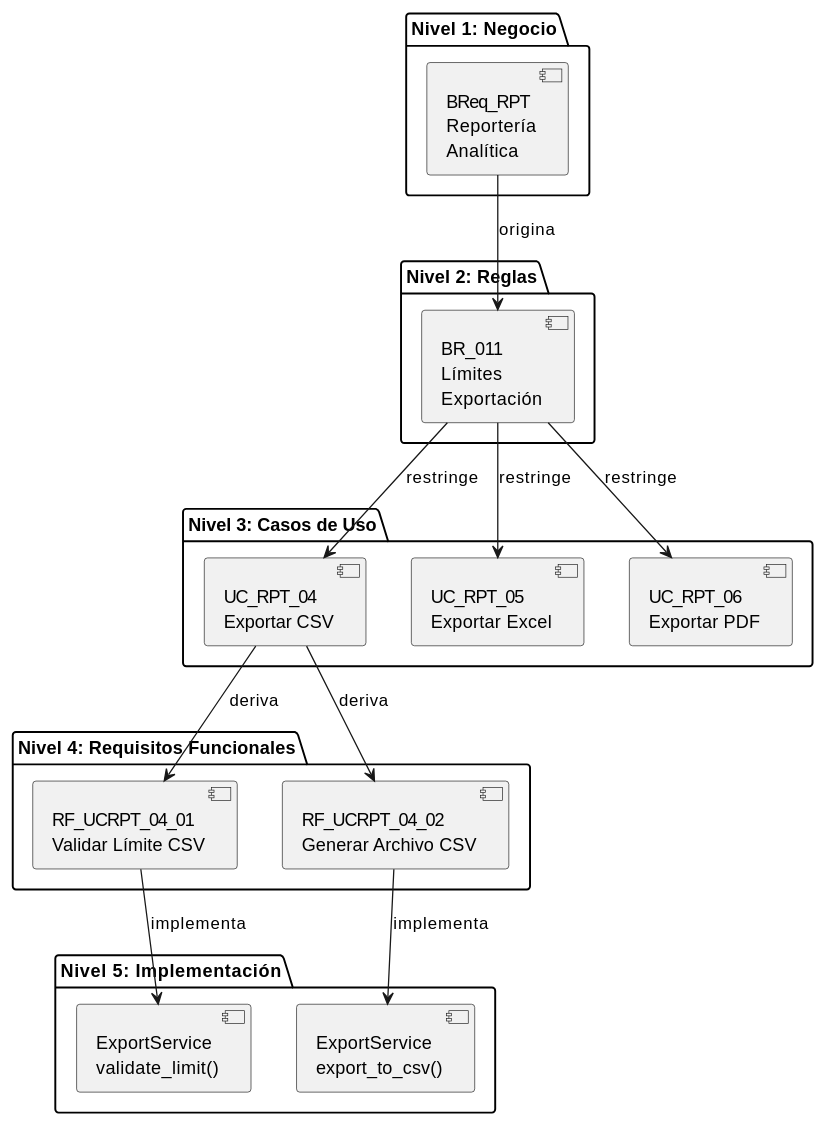
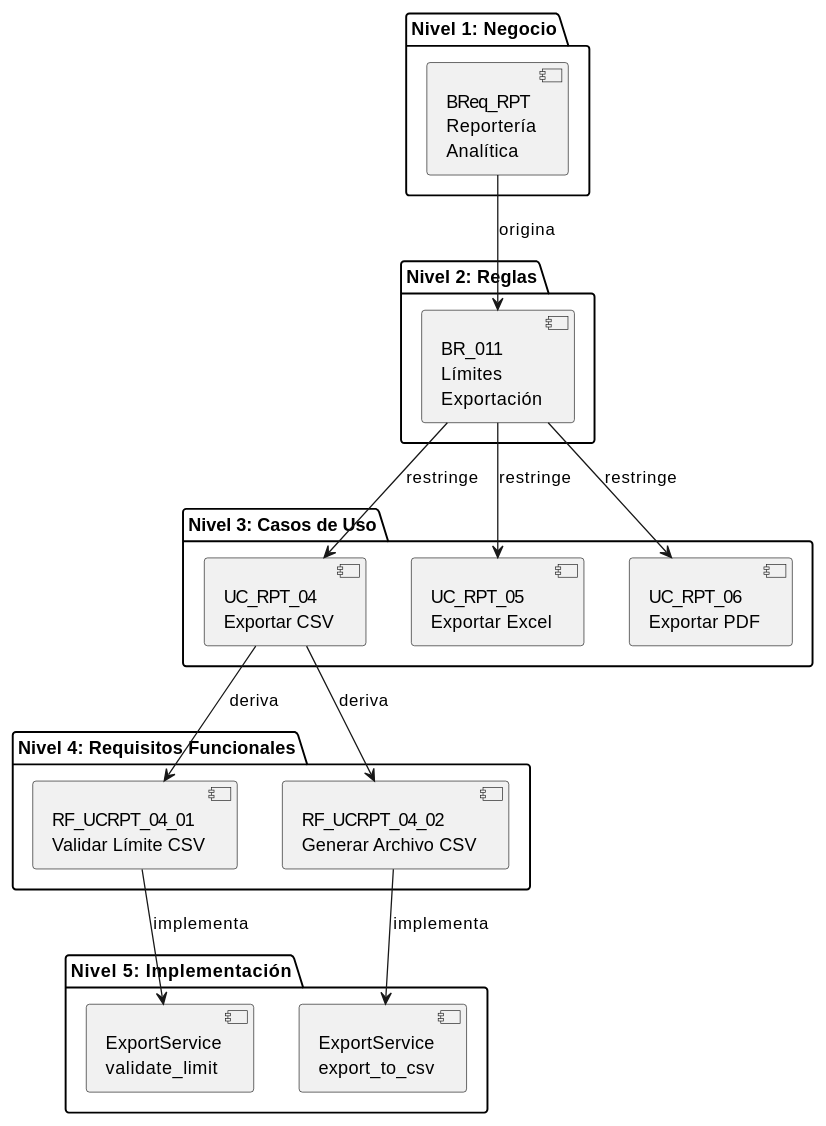
The diagram in source/base_cognitiva/_fundamentos_conceptuales/FND_00_Contexto_y_Jerarquia.rst (jcg-admin/IACT-docs), drawn with PlantUML before and after one commit. The commit also changed other lines of this file and 376 other files, not shown here.

```diff
--- a/source/base_cognitiva/_fundamentos_conceptuales/FND_00_Contexto_y_Jerarquia.rst
+++ b/source/base_cognitiva/_fundamentos_conceptuales/FND_00_Contexto_y_Jerarquia.rst
@@ -698,39 +698,39 @@
 .. uml::
-   :caption: Jerarquía de Transformación de Requisitos
+ :caption: Jerarquía de Transformación de Requisitos
 
-   @startuml
-   
-   package "Nivel 1: Negocio" {
-       [BReq_RPT\nReportería\nAnalítica] as breq
-   }
-   
-   package "Nivel 2: Reglas" {
-       [BR_011\nLímites\nExportación] as br
-   }
-   
-   package "Nivel 3: Casos de Uso" {
-       [UC_RPT_04\nExportar CSV] as uc1
-       [UC_RPT_05\nExportar Excel] as uc2
-       [UC_RPT_06\nExportar PDF] as uc3
-   }
-   
-   package "Nivel 4: Requisitos Funcionales" {
-       [RF_UCRPT_04_01\nValidar Límite CSV] as fr1
-       [RF_UCRPT_04_02\nGenerar Archivo CSV] as fr2
-   }
-   
-   package "Nivel 5: Implementación" {
-       [ExportService\nvalidate_limit()] as code1
-       [ExportService\nexport_to_csv()] as code2
-   }
-   
-   breq --> br : "origina"
-   br --> uc1 : "restringe"
-   br --> uc2 : "restringe"
-   br --> uc3 : "restringe"
-   uc1 --> fr1 : "deriva"
-   uc1 --> fr2 : "deriva"
-   fr1 --> code1 : "implementa"
-   fr2 --> code2 : "implementa"
-   
-   @enduml
+ @startuml
+ 
+ package "Nivel 1: Negocio" {
+ [BReq_RPT\nReportería\nAnalítica] as breq
+ }
+ 
+ package "Nivel 2: Reglas" {
+ [BR_011\nLímites\nExportación] as br
+ }
+ 
+ package "Nivel 3: Casos de Uso" {
+ [UC_RPT_04\nExportar CSV] as uc1
+ [UC_RPT_05\nExportar Excel] as uc2
+ [UC_RPT_06\nExportar PDF] as uc3
+ }
+ 
+ package "Nivel 4: Requisitos Funcionales" {
+ [RF_UCRPT_04_01\nValidar Límite CSV] as fr1
+ [RF_UCRPT_04_02\nGenerar Archivo CSV] as fr2
+ }
+ 
+ package "Nivel 5: Implementación" {
+ [ExportService\nvalidate_limit] as code1
+ [ExportService\nexport_to_csv] as code2
+ }
+ 
+ breq --> br : "origina"
+ br --> uc1 : "restringe"
+ br --> uc2 : "restringe"
+ br --> uc3 : "restringe"
+ uc1 --> fr1 : "deriva"
+ uc1 --> fr2 : "deriva"
+ fr1 --> code1 : "implementa"
+ fr2 --> code2 : "implementa"
+ 
+ @enduml
```
